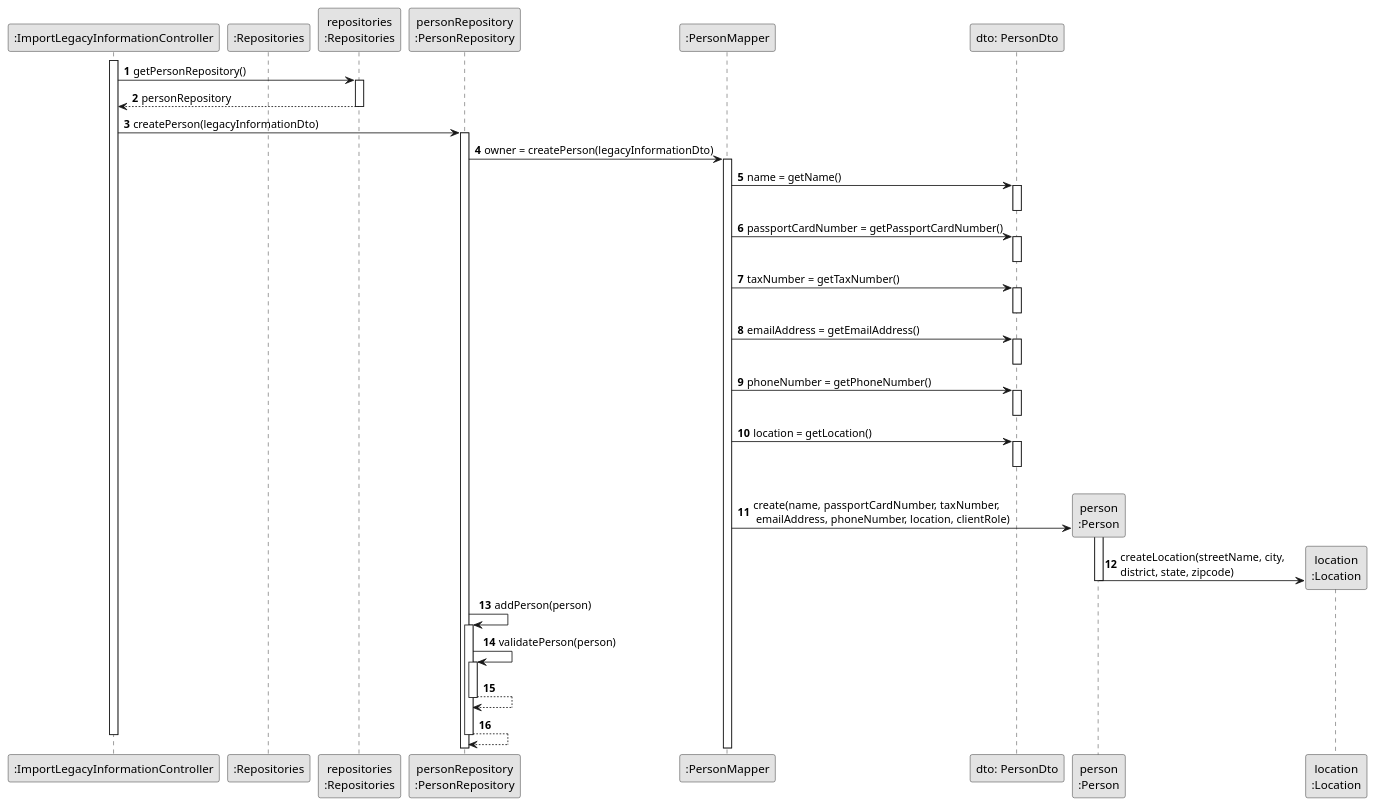
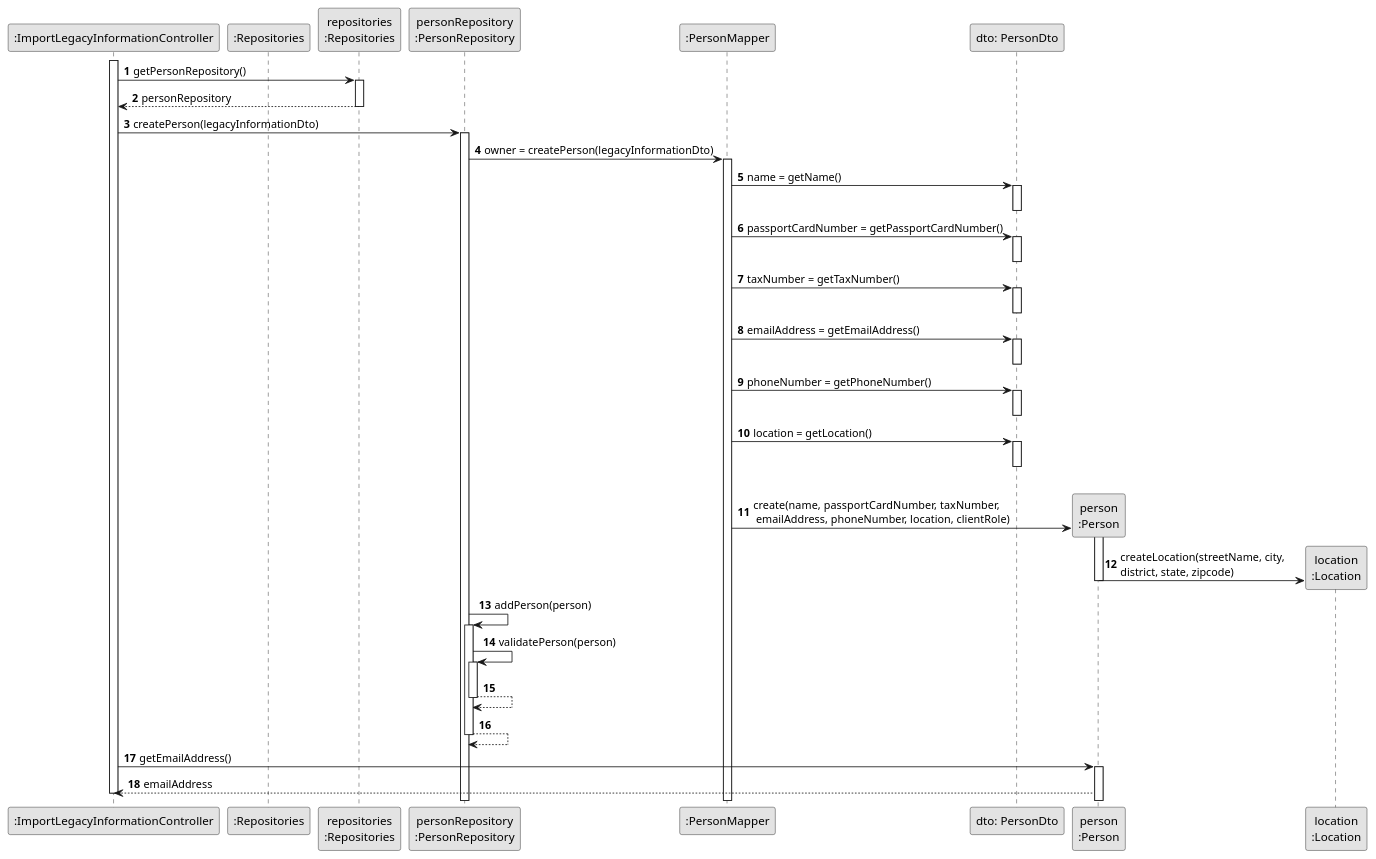
One commit to rita-barbosa/LAPR2-2223 changed the diagram in docs/sprintC/us012/03.design/puml/us012-sequence-diagram-partial-register-owner.puml. Above: the diagram before and after it, drawn with PlantUML. The commit also changed 1 other file, not shown here.

```diff
--- a/docs/sprintC/us012/03.design/puml/us012-sequence-diagram-partial-register-owner.puml
+++ b/docs/sprintC/us012/03.design/puml/us012-sequence-diagram-partial-register-owner.puml
@@ -1,88 +1,94 @@
 @startuml
 skinparam monochrome true
 skinparam packageStyle rectangle
 skinparam shadowing false
 
 autonumber
 
 'hide footbox
 participant ":ImportLegacyInformationController" as CTRL
 participant ":Repositories" as RepositorySingleton
 participant "repositories\n:Repositories" as PLAT
 participant "personRepository\n:PersonRepository" as PERSONREP
 participant ":PersonMapper" as PERMAPPER
 participant "dto: PersonDto" as PERDTO
 participant "person\n:Person" as PERSON
 participant "location\n:Location" as LOCATION
 
 
 activate CTRL
 
 
     CTRL -> PLAT : getPersonRepository()
     activate PLAT
 
     PLAT --> CTRL : personRepository
     deactivate PLAT
 
     CTRL -> PERSONREP : createPerson(legacyInformationDto)
     activate PERSONREP
 
 '    CTRL -> PERSONREP : createPerson(name, passportCardNumber, taxNumber,\n emailAddress, phoneNumber, streetName,\n city, district, state, zipcode, clientRole)
 '   activate PERSONREP
 
     PERSONREP -> PERMAPPER : owner = createPerson(legacyInformationDto)
     activate PERMAPPER
 
     PERMAPPER -> PERDTO : name = getName()
     activate PERDTO
     deactivate PERDTO
 
     PERMAPPER -> PERDTO : passportCardNumber = getPassportCardNumber()
     activate PERDTO
     deactivate PERDTO
 
     PERMAPPER -> PERDTO : taxNumber = getTaxNumber()
     activate PERDTO
     deactivate PERDTO
 
     PERMAPPER -> PERDTO : emailAddress = getEmailAddress()
     activate PERDTO
     deactivate PERDTO
 
     PERMAPPER -> PERDTO : phoneNumber = getPhoneNumber()
     activate PERDTO
     deactivate PERDTO
 
     PERMAPPER -> PERDTO : location = getLocation()
     activate PERDTO
     deactivate PERDTO
 
     |||
 
     PERMAPPER -> PERSON** : create(name, passportCardNumber, taxNumber,\n emailAddress, phoneNumber, location, clientRole)
     activate PERSON
 
     PERSON -> LOCATION** : createLocation(streetName, city, \ndistrict, state, zipcode)
     deactivate PERSON
 
     PERSONREP -> PERSONREP: addPerson(person)
     activate PERSONREP
 
         PERSONREP -> PERSONREP: validatePerson(person)
         activate PERSONREP
 
         PERSONREP --> PERSONREP :
         deactivate PERSONREP
 
     PERSONREP --> PERSONREP :
     deactivate PERSONREP
+
+    CTRL -> PERSON : getEmailAddress()
+    activate PERSON
+
+    PERSON --> CTRL : emailAddress
+    deactivate CTRL
 '
 '    PERSONREP --> CTRL : person
 '    deactivate PERSONREP
 
 deactivate CTRL
 
 
 
 @enduml
```
